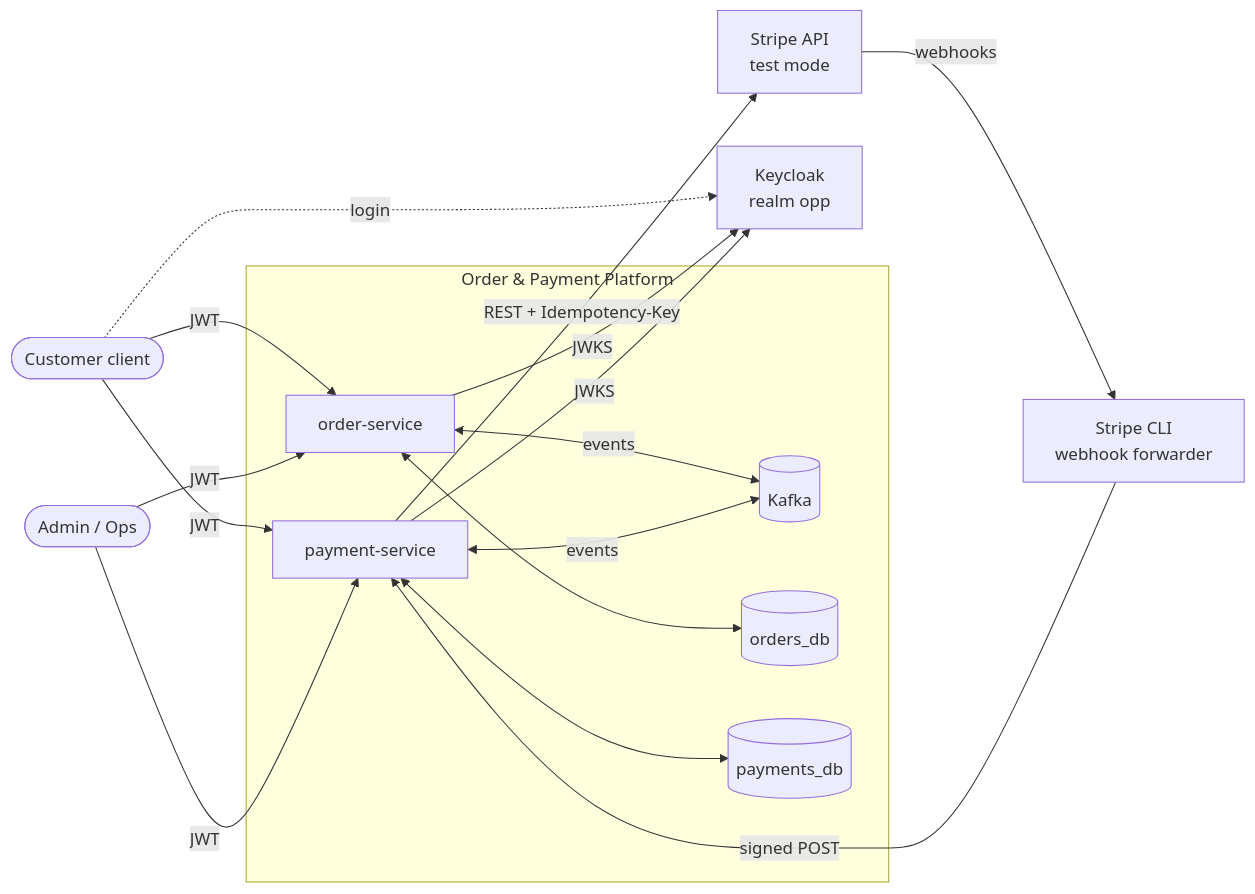
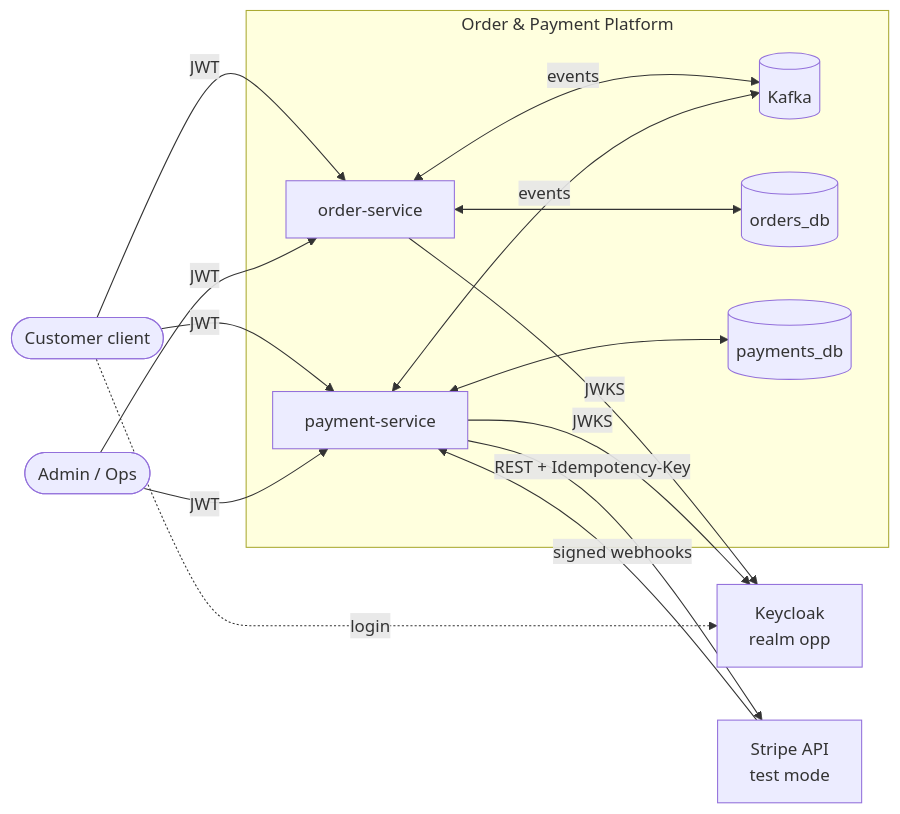
Before and after one commit to AlexGorbatov/order-payment-platform: the first of 6 diagrams in docs/architecture.md, drawn with Mermaid. The commit also changed other lines of this file and 39 other files, not shown here.

````diff
--- a/docs/architecture.md
+++ b/docs/architecture.md
@@ -34,29 +25,28 @@
 ```mermaid
 flowchart LR
   customer([Customer client])
   ops([Admin / Ops])
   kc[Keycloak<br/>realm opp]
   subgraph platform[Order & Payment Platform]
     os[order-service]
     ps[payment-service]
     k[(Kafka)]
     odb[(orders_db)]
     pdb[(payments_db)]
   end
   stripe[Stripe API<br/>test mode]
-  cli[Stripe CLI<br/>webhook forwarder]
 
   customer -- JWT --> os
   customer -- JWT --> ps
   ops -- JWT --> os
   ops -- JWT --> ps
   customer -. login .-> kc
   os -- JWKS --> kc
   ps -- JWKS --> kc
   os <--> odb
   ps <--> pdb
   os <-- events --> k
   ps <-- events --> k
   ps -- REST + Idempotency-Key --> stripe
-  stripe -- webhooks --> cli -- signed POST --> ps
+  stripe -- signed webhooks --> ps
 ```
````
